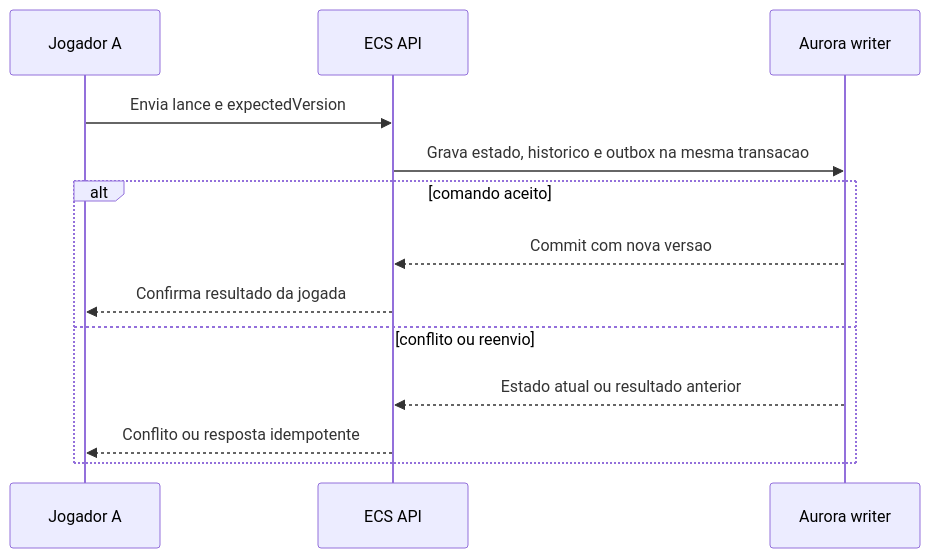
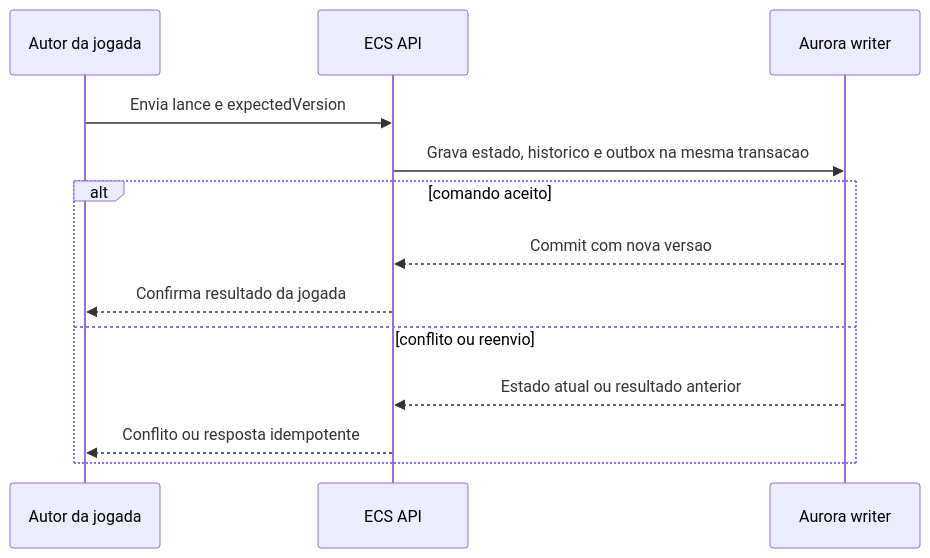
Before and after one commit to ralvesper/checkers-aws: the second of 4 diagrams in docs/diagrams/aws-deployment-global.md, drawn with Mermaid. The commit also changed other lines of this file, not shown here.

Commit message:
docs: usar papéis autor da jogada e adversário

````diff
--- a/docs/diagrams/aws-deployment-global.md
+++ b/docs/diagrams/aws-deployment-global.md
@@ -70,15 +70,15 @@
 ```mermaid
 sequenceDiagram
-    participant A as Jogador A
+    participant A as Autor da jogada
     participant API as ECS API
     participant DB as Aurora writer
     A->>API: Envia lance e expectedVersion
     API->>DB: Grava estado, historico e outbox na mesma transacao
     alt comando aceito
         DB-->>API: Commit com nova versao
         API-->>A: Confirma resultado da jogada
     else conflito ou reenvio
         DB-->>API: Estado atual ou resultado anterior
         API-->>A: Conflito ou resposta idempotente
     end
 ```
````
